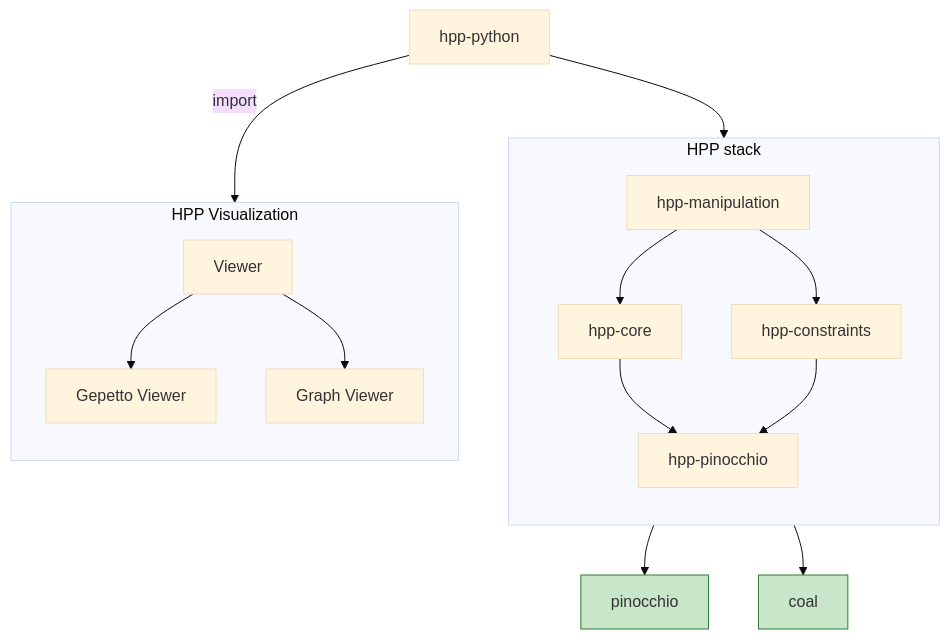
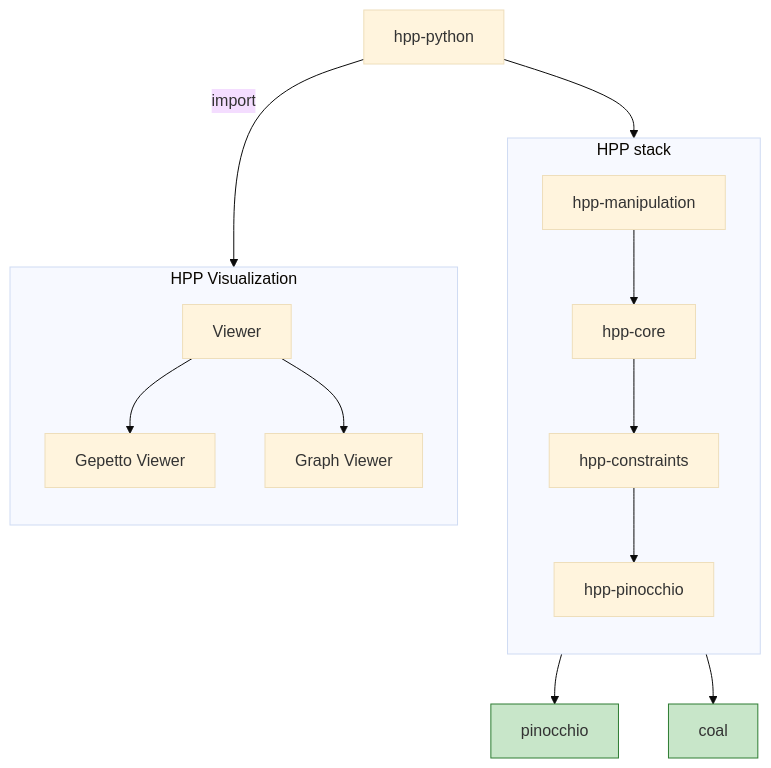
Before and after one commit to humanoid-path-planner/hpp-doc: the diagram in mdbook/src/introduction/introduction.md, drawn with Mermaid (base theme).

````diff
--- a/mdbook/src/introduction/introduction.md
+++ b/mdbook/src/introduction/introduction.md
@@ -47,31 +47,30 @@
 ```mermaid
 flowchart TB
     HPPY["hpp-python"]
     subgraph HPP_STACK["HPP stack"]
         direction TB
         HM["hpp-manipulation"]
         HC["hpp-core"]
         HCONS["hpp-constraints"]
         HPIN["hpp-pinocchio"]
         HM --> HC
-        HM --> HCONS
-        HC --> HPIN
+        HC --> HCONS
         HCONS --> HPIN
     end
     PIN["pinocchio"]
     COAL["coal"]
     HPIN --> PIN
     HPIN --> COAL
     HPPY --> HPP_STACK
    subgraph HPP_VIZ["HPP Visualization"]
         direction TB
         VW["Viewer"]
         GPV["Gepetto Viewer"]
         GV["Graph Viewer"]
         VW --> GPV
         VW --> GV
    end
    HPPY -->  |import| VW
 classDef external fill:#C8E6C9,stroke:#2E7D32;
 class PIN,COAL external
 ```
````
